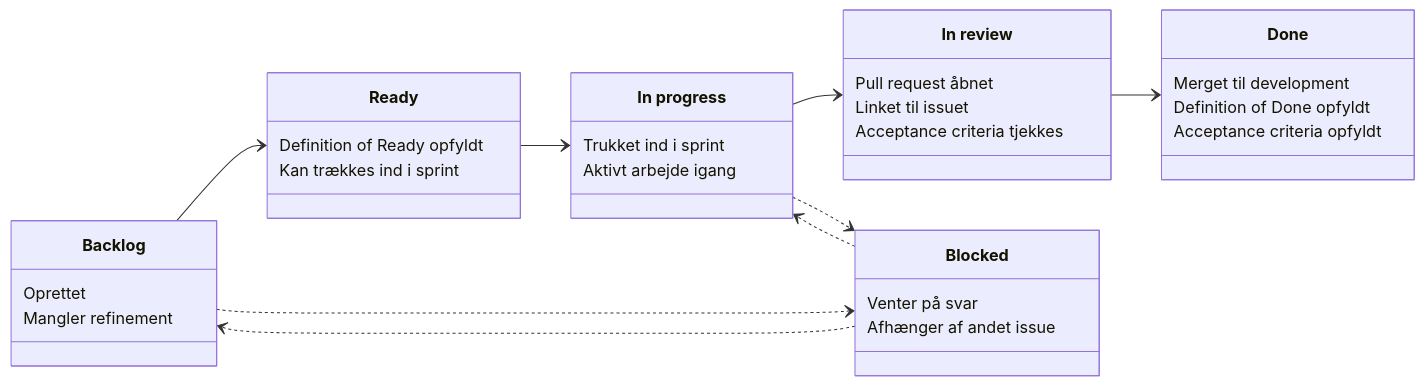
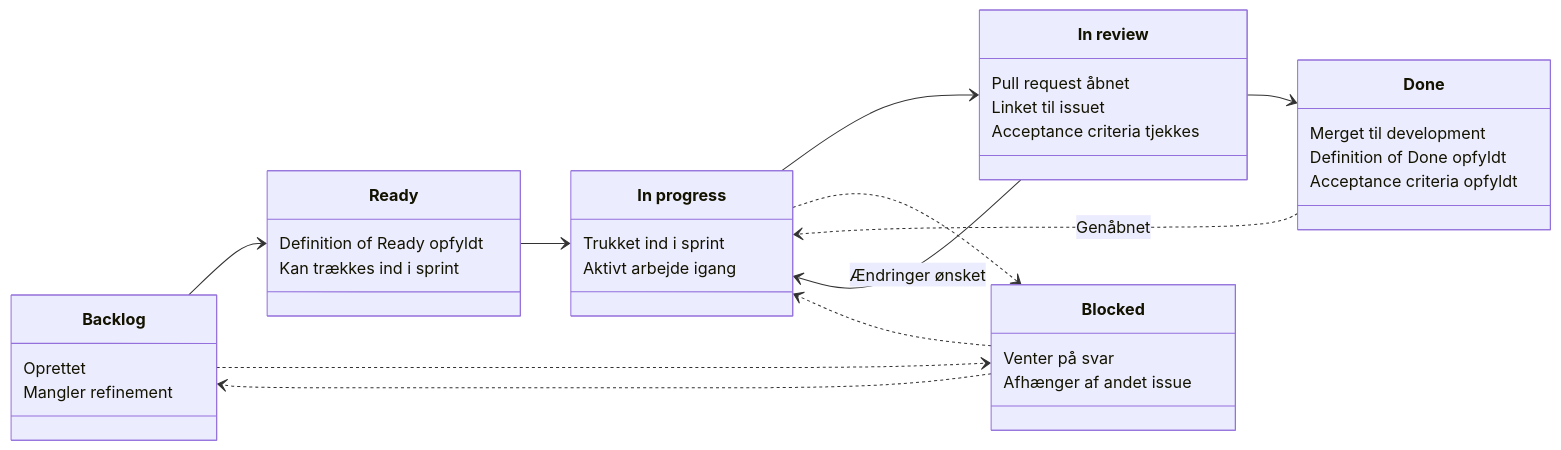
The diagram in issue-workflow.md (aau-cph-sw5/case-a-emergency-scenarios), drawn with Mermaid before and after one commit. The commit also changed other lines of this file, not shown here.

````diff
--- a/issue-workflow.md
+++ b/issue-workflow.md
@@ -94,38 +94,40 @@
 ```mermaid
 classDiagram
 direction LR
     class Backlog {
         Oprettet
         Mangler refinement
     }
     class Ready {
         Definition of Ready opfyldt
         Kan trækkes ind i sprint
     }
     class InProgress["In progress"] {
         Trukket ind i sprint
         Aktivt arbejde igang
     }
     class InReview["In review"] {
         Pull request åbnet
         Linket til issuet
         Acceptance criteria tjekkes
     }
     class Done {
         Merget til development
         Definition of Done opfyldt
         Acceptance criteria opfyldt
     }
     class Blocked {
         Venter på svar
         Afhænger af andet issue
     }
     Backlog --> Ready
     Ready --> InProgress
     InProgress --> InReview
     InReview --> Done
     Backlog ..> Blocked
     Blocked ..> Backlog
     InProgress ..> Blocked
     Blocked ..> InProgress
+    InReview --> InProgress : Ændringer ønsket
+    Done ..> InProgress : Genåbnet
 ```
````
